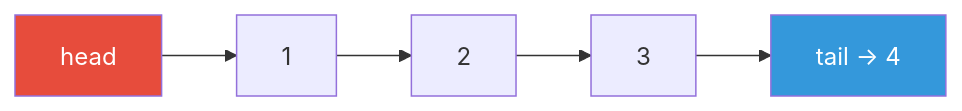
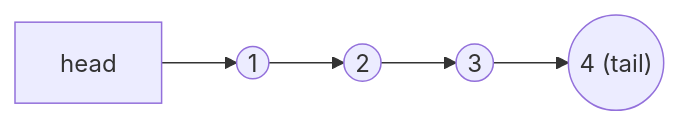
The third of 3 diagrams in docs/lessons/queue.md (FPTOJ-OJ/fptoj_wiki), drawn with Mermaid before and after one commit. The commit also changed other lines of this file and 18 other files, not shown here.

First line of the commit message:
fix: LaTeX errors, mermaid theme switching, remove custom colors

````diff
--- a/docs/lessons/queue.md
+++ b/docs/lessons/queue.md
@@ -195,6 +86,4 @@
 ```mermaid
 graph LR
-    H["head"] --> A["1"] --> B["2"] --> C["3"] --> T["tail → 4"]
-    style H fill:#e74c3c,color:#fff
-    style T fill:#3498db,color:#fff
+    H["head"] --> A(("1")) --> B(("2")) --> C(("3")) --> T(("4 (tail)"))
 ```
````
